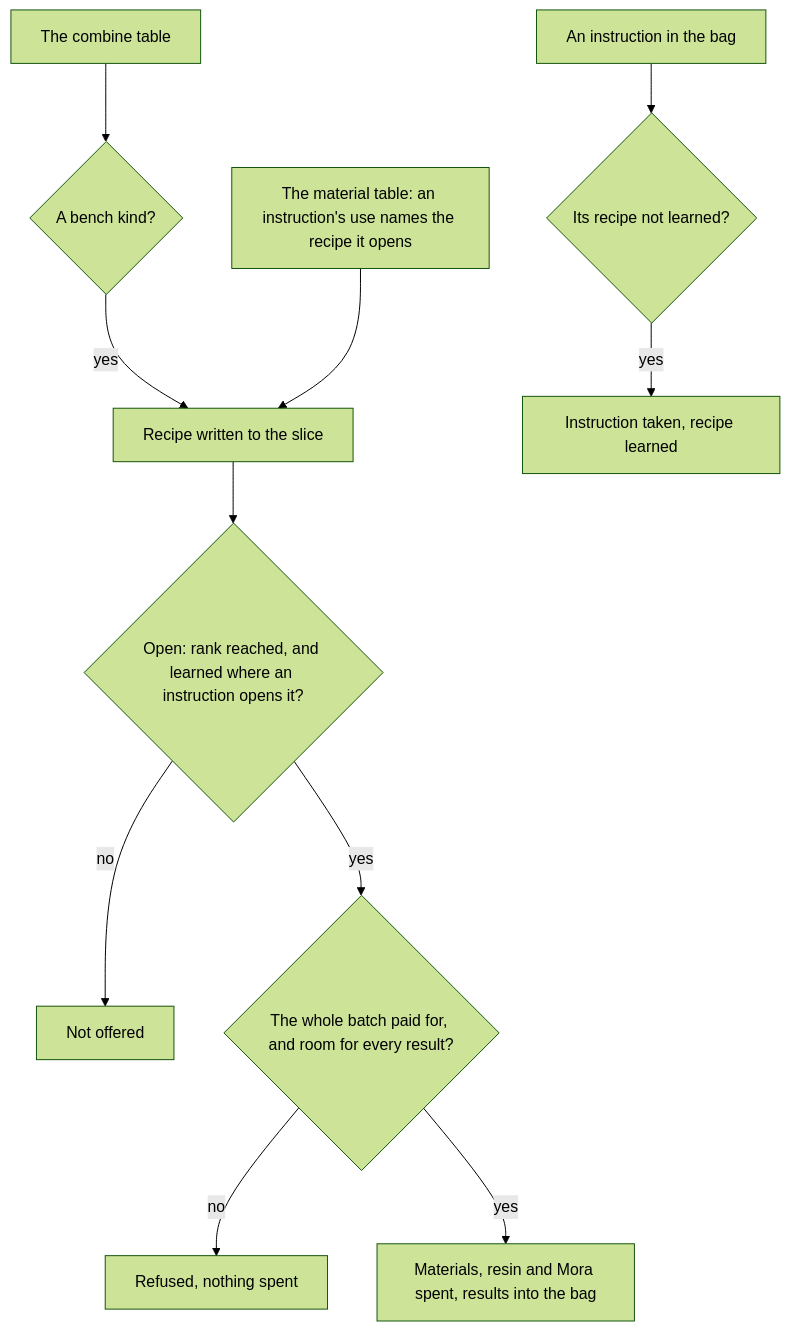
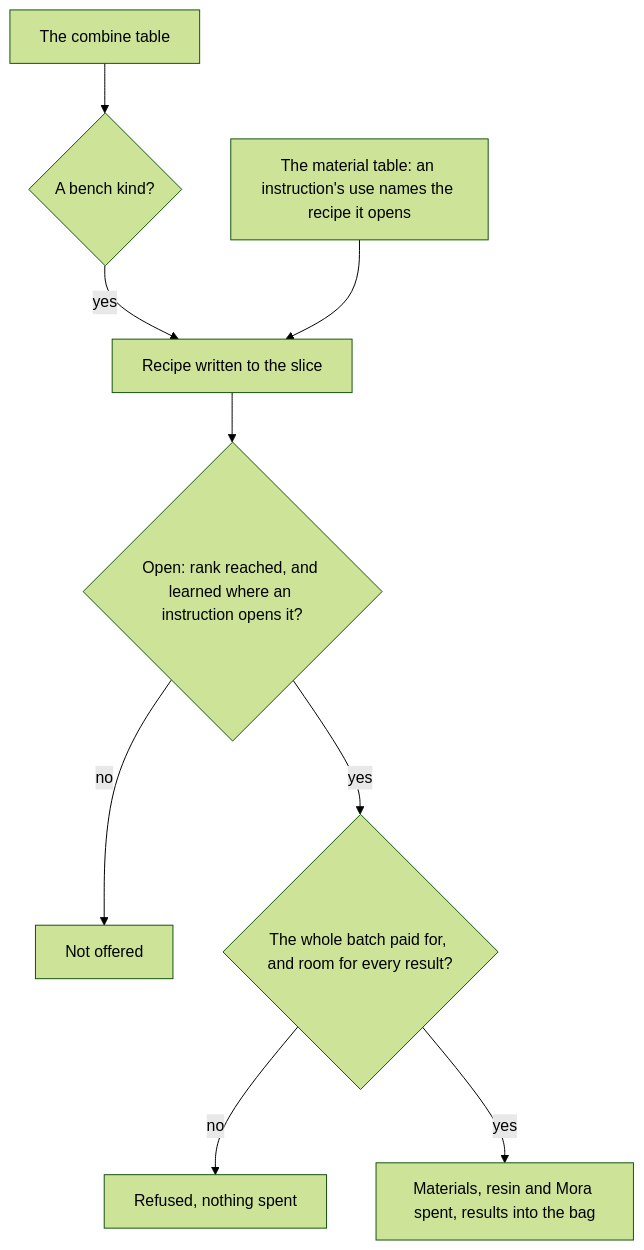
One commit to Esposter/Esposter changed the first of 2 diagrams in openspec/specs/genshin/crafting/design.md. Above: the diagram before and after it, drawn with Mermaid (forest theme). The commit also changed other lines of this file and 46 other files, not shown here.

First line of the commit message:
refactor(genshin-world): readers and learners nothing calls are deleted, and the specs and roadmap say what is not built

````diff
--- a/openspec/specs/genshin/crafting/design.md
+++ b/openspec/specs/genshin/crafting/design.md
@@ -7,13 +7,11 @@
 ```mermaid
 flowchart TD
   C["The combine table"] --> K{"A bench kind?"}
   K -->|"yes"| R["Recipe written to the slice"]
   M["The material table: an instruction's use names the recipe it opens"] --> R
   R --> O{"Open: rank reached, and learned where an instruction opens it?"}
   O -->|"no"| H["Not offered"]
   O -->|"yes"| N{"The whole batch paid for, and room for every result?"}
   N -->|"no"| X["Refused, nothing spent"]
   N -->|"yes"| S["Materials, resin and Mora spent, results into the bag"]
-  I["An instruction in the bag"] --> L{"Its recipe not learned?"}
-  L -->|"yes"| LN["Instruction taken, recipe learned"]
 ```
````
